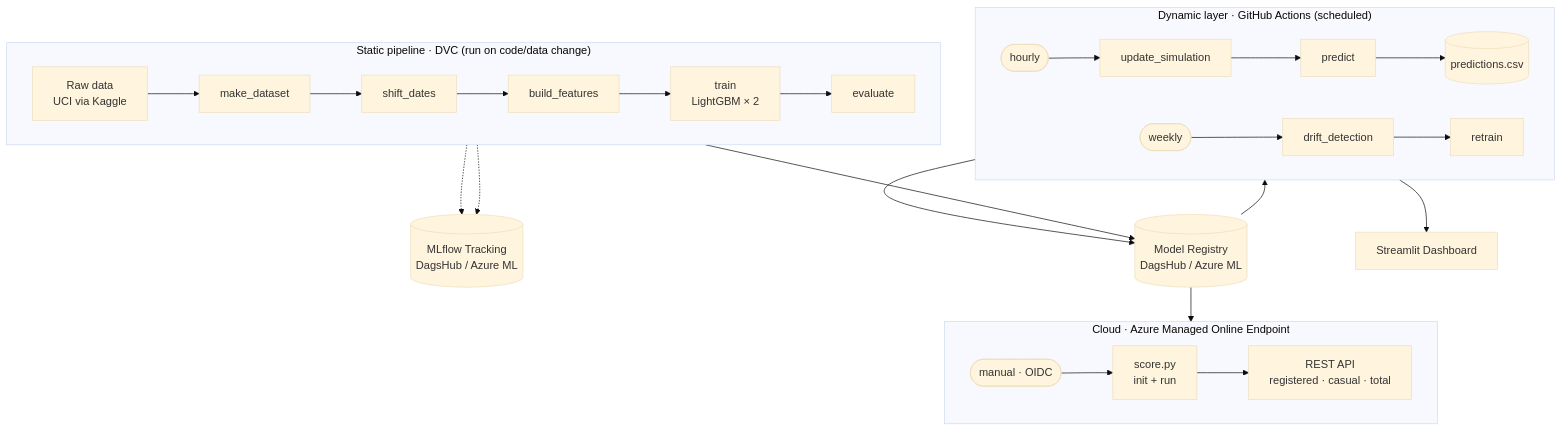
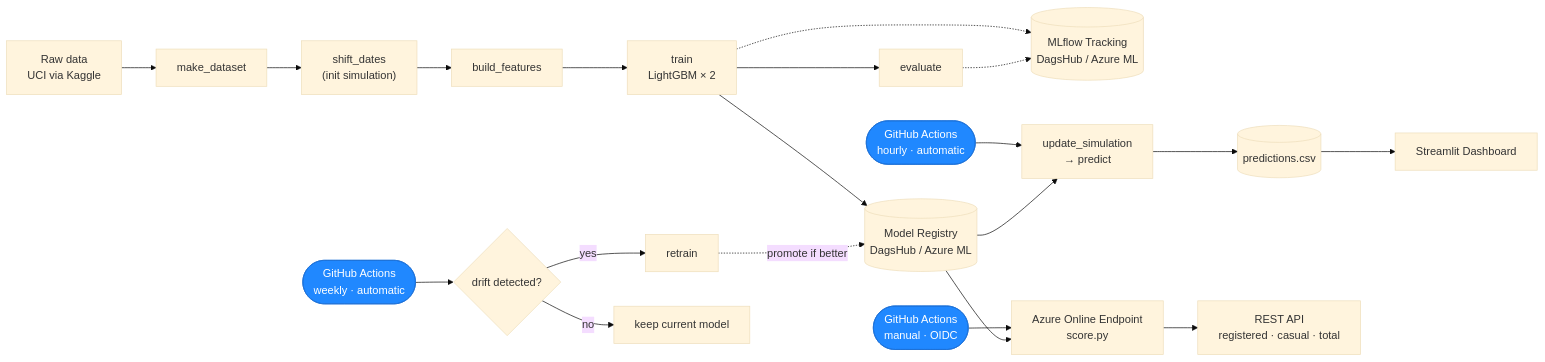
One commit to robertogarces/bike-sharing-forecast changed the diagram in README.md. Above: the diagram before and after it, drawn with Mermaid (base theme).

Commit message:
docs: improve architecture diagram readability

````diff
--- a/README.md
+++ b/README.md
@@ -63,30 +63,20 @@
 ```mermaid
-flowchart TB
-    subgraph static["Static pipeline · DVC (run on code/data change)"]
-        direction LR
-        raw["Raw data<br/>UCI via Kaggle"] --> make["make_dataset"] --> shift["shift_dates"] --> feat["build_features"] --> train["train<br/>LightGBM × 2"] --> eval["evaluate"]
-    end
-
-    track[("MLflow Tracking<br/>DagsHub / Azure ML")]
-    reg[("Model Registry<br/>DagsHub / Azure ML")]
-    train --> reg
-    train -.-> track
+flowchart LR
+    raw["Raw data<br/>UCI via Kaggle"] --> make[make_dataset] --> shift["shift_dates<br/>(init simulation)"] --> feat[build_features] --> train["train<br/>LightGBM × 2"] --> eval[evaluate]
+    train --> reg[("Model Registry<br/>DagsHub / Azure ML")]
+    train -.-> track[("MLflow Tracking<br/>DagsHub / Azure ML")]
     eval -.-> track
 
-    subgraph dynamic["Dynamic layer · GitHub Actions (scheduled)"]
-        direction LR
-        hourly(["hourly"]) --> update["update_simulation"] --> predict["predict"] --> preds[("predictions.csv")]
-        weekly(["weekly"]) --> drift["drift_detection"] --> retrain["retrain"]
-    end
+    cronH(["GitHub Actions<br/>hourly · automatic"]) --> predict["update_simulation<br/>→ predict"] --> preds[("predictions.csv")] --> dash["Streamlit Dashboard"]
+    reg --> predict
 
-    reg --> predict
-    retrain --> reg
-    preds --> dash["Streamlit Dashboard"]
+    cronW(["GitHub Actions<br/>weekly · automatic"]) --> drift{"drift detected?"}
+    drift -->|yes| retrain[retrain] -.->|promote if better| reg
+    drift -->|no| keep["keep current model"]
 
-    subgraph cloud["Cloud · Azure Managed Online Endpoint"]
-        direction LR
-        deploy(["manual · OIDC"]) --> endpoint["score.py<br/>init + run"] --> api["REST API<br/>registered · casual · total"]
-    end
+    deploy(["GitHub Actions<br/>manual · OIDC"]) --> endpoint["Azure Online Endpoint<br/>score.py"] --> api["REST API<br/>registered · casual · total"]
+    reg --> endpoint
 
-    reg --> endpoint
+    classDef gha fill:#2088FF,color:#ffffff,stroke:#1b6fd6;
+    class cronH,cronW,deploy gha
 ```
````
